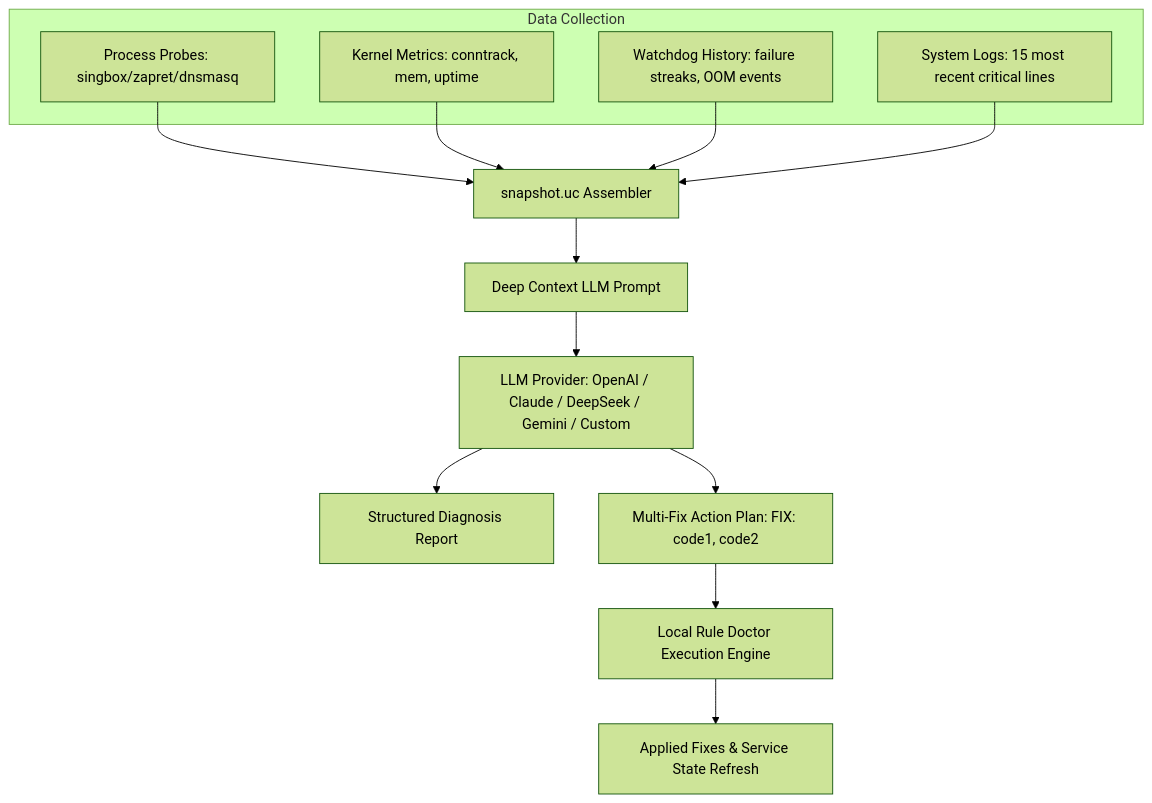
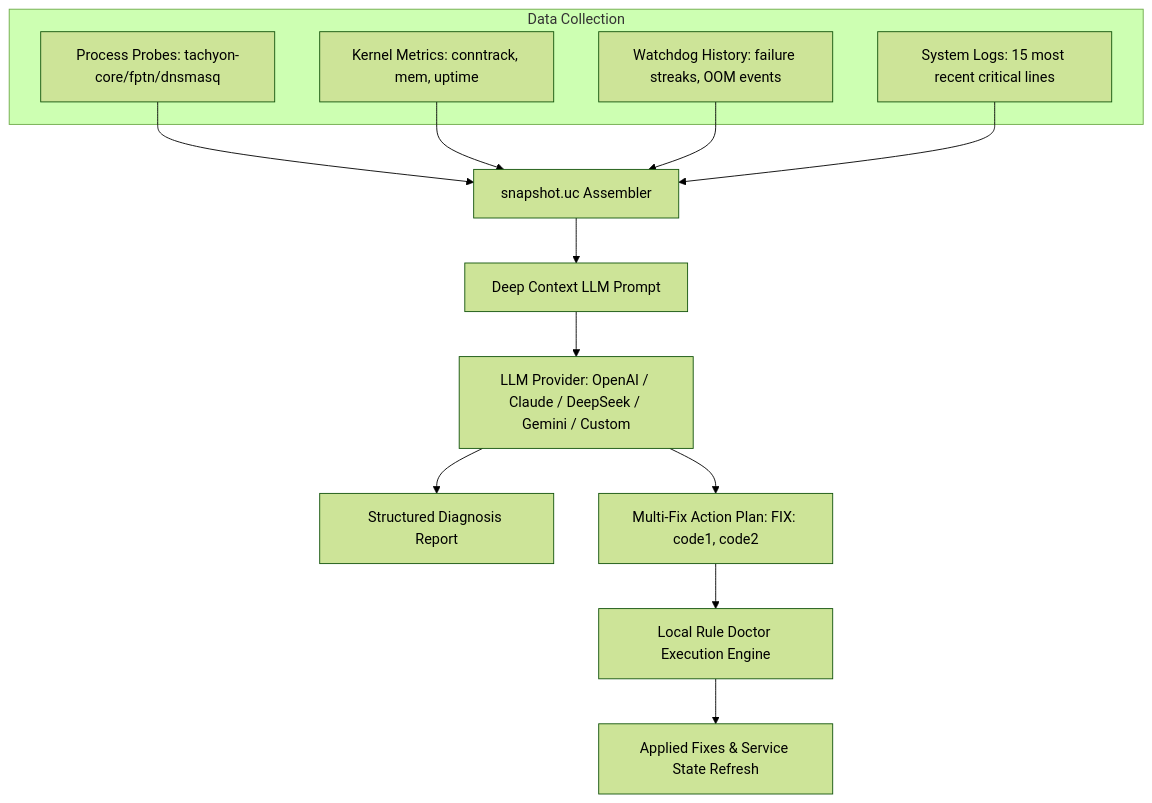
Before and after one commit to Dushnilin/tachyon: the diagram in docs/knowledge-base/05_AI_STACK_AND_AUTONOMOUS_DOCTOR.md, drawn with Mermaid (forest theme). The commit also changed other lines of this file and 557 other files, not shown here.

First line of the commit message:
Unify on tachyon-core, drop external providers, fix installer and UI

````diff
--- a/docs/knowledge-base/05_AI_STACK_AND_AUTONOMOUS_DOCTOR.md
+++ b/docs/knowledge-base/05_AI_STACK_AND_AUTONOMOUS_DOCTOR.md
@@ -18,23 +18,23 @@
 ```mermaid
 graph TD
     subgraph Data Collection
-        R1[Process Probes: singbox/zapret/dnsmasq]
+        R1[Process Probes: tachyon-core/fptn/dnsmasq]
         R2[Kernel Metrics: conntrack, mem, uptime]
         R3[Watchdog History: failure streaks, OOM events]
         R4[System Logs: 15 most recent critical lines]
     end
 
     R1 --> Aggregator[snapshot.uc Assembler]
     R2 --> Aggregator
     R3 --> Aggregator
     R4 --> Aggregator
 
     Aggregator --> Prompt[Deep Context LLM Prompt]
     Prompt --> LLM[LLM Provider: OpenAI / Claude / DeepSeek / Gemini / Custom]
     
     LLM --> Verdict[Structured Diagnosis Report]
     LLM --> MultiFix[Multi-Fix Action Plan: FIX: code1, code2]
     
     MultiFix --> Exec[Local Rule Doctor Execution Engine]
     Exec --> Result[Applied Fixes & Service State Refresh]
 ```
````
